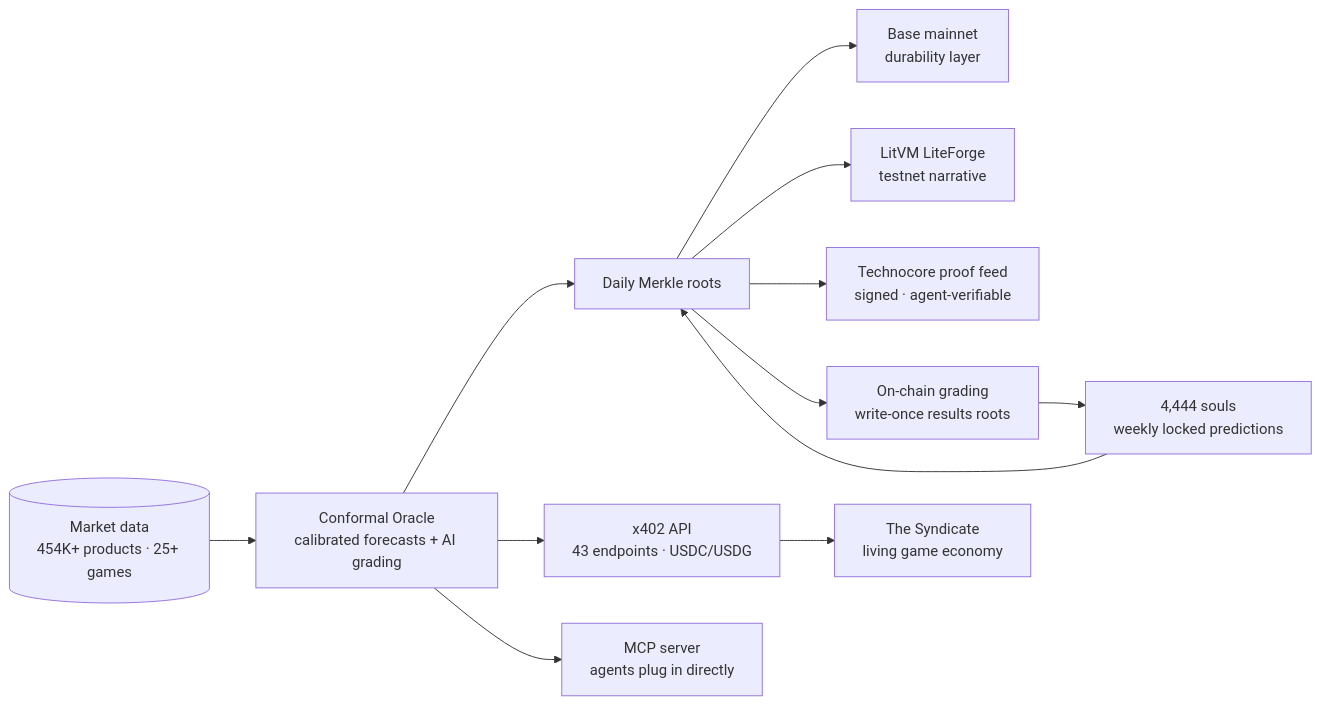
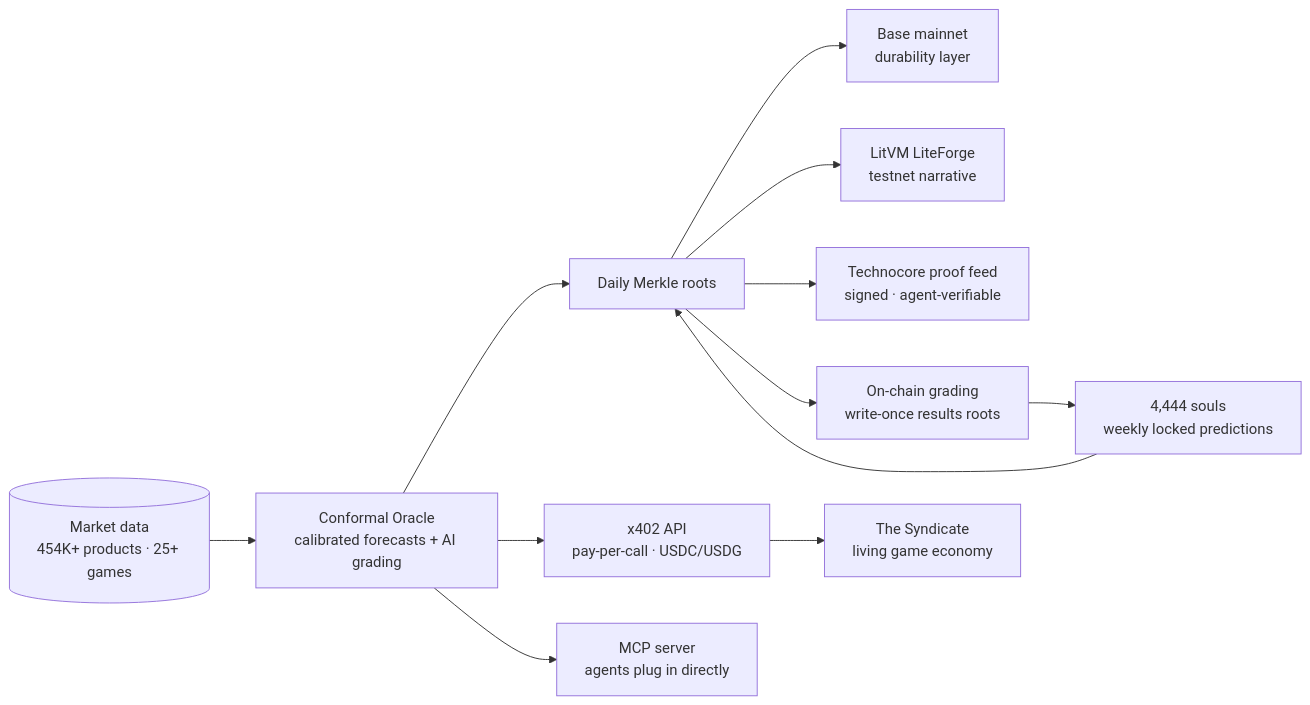
The diagram in README.md (sailorpepe/sailorpepe), drawn with Mermaid before and after one commit.

Commit message:
diagram: drop hardcoded endpoint count (numbers live only in the auto-refreshed block)

````diff
--- a/README.md
+++ b/README.md
@@ -41,13 +41,13 @@
 ```mermaid
 flowchart LR
     D[("Market data<br/>454K+ products · 25+ games")] --> O["Conformal Oracle<br/>calibrated forecasts + AI grading"]
     O --> R["Daily Merkle roots"]
     R --> B["Base mainnet<br/>durability layer"]
     R --> L["LitVM LiteForge<br/>testnet narrative"]
-    O --> API["x402 API<br/>43 endpoints · USDC/USDG"]
+    O --> API["x402 API<br/>pay-per-call · USDC/USDG"]
     O --> MCP["MCP server<br/>agents plug in directly"]
     R --> TC["Technocore proof feed<br/>signed · agent-verifiable"]
     API --> GAME["The Syndicate<br/>living game economy"]
     SOULS["4,444 souls<br/>weekly locked predictions"] --> R
     R --> GRADE["On-chain grading<br/>write-once results roots"] --> SOULS
 ```
````
